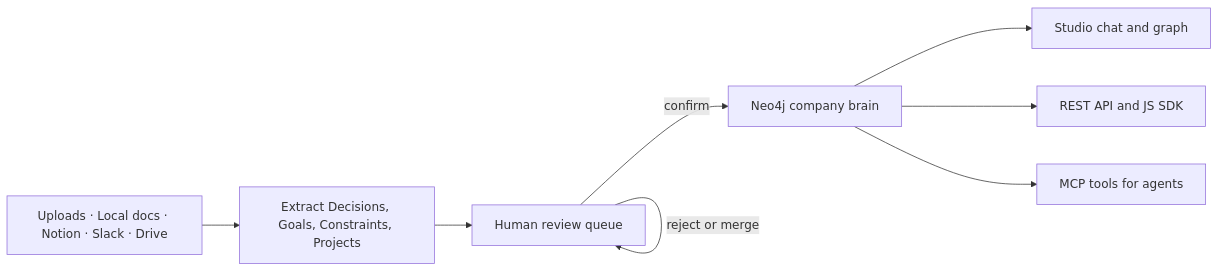
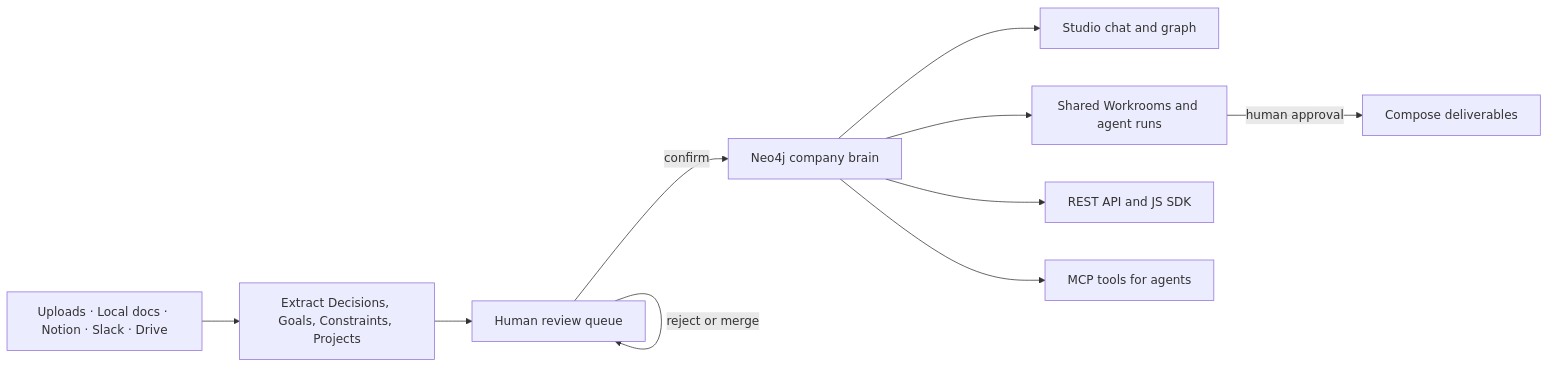
One commit to komponist-ai/komponist changed the diagram in README.md. Above: the diagram before and after it, drawn with Mermaid. The commit also changed other lines of this file and 10 other files, not shown here.

Commit message:
feat(workrooms): add governed multiplayer agent flow

````diff
--- a/README.md
+++ b/README.md
@@ -262,17 +284,21 @@
 ```mermaid
 flowchart LR
     sources["Uploads · Local docs · Notion · Slack · Drive"]
     extract["Extract Decisions, Goals, Constraints, Projects"]
     review["Human review queue"]
     brain["Neo4j company brain"]
     studio["Studio chat and graph"]
+    workrooms["Shared Workrooms and agent runs"]
+    compose["Compose deliverables"]
     api["REST API and JS SDK"]
     mcp["MCP tools for agents"]
 
     sources --> extract --> review
     review -->|confirm| brain
     review -->|reject or merge| review
     brain --> studio
+    brain --> workrooms
+    workrooms -->|human approval| compose
     brain --> api
     brain --> mcp
 ```
````
